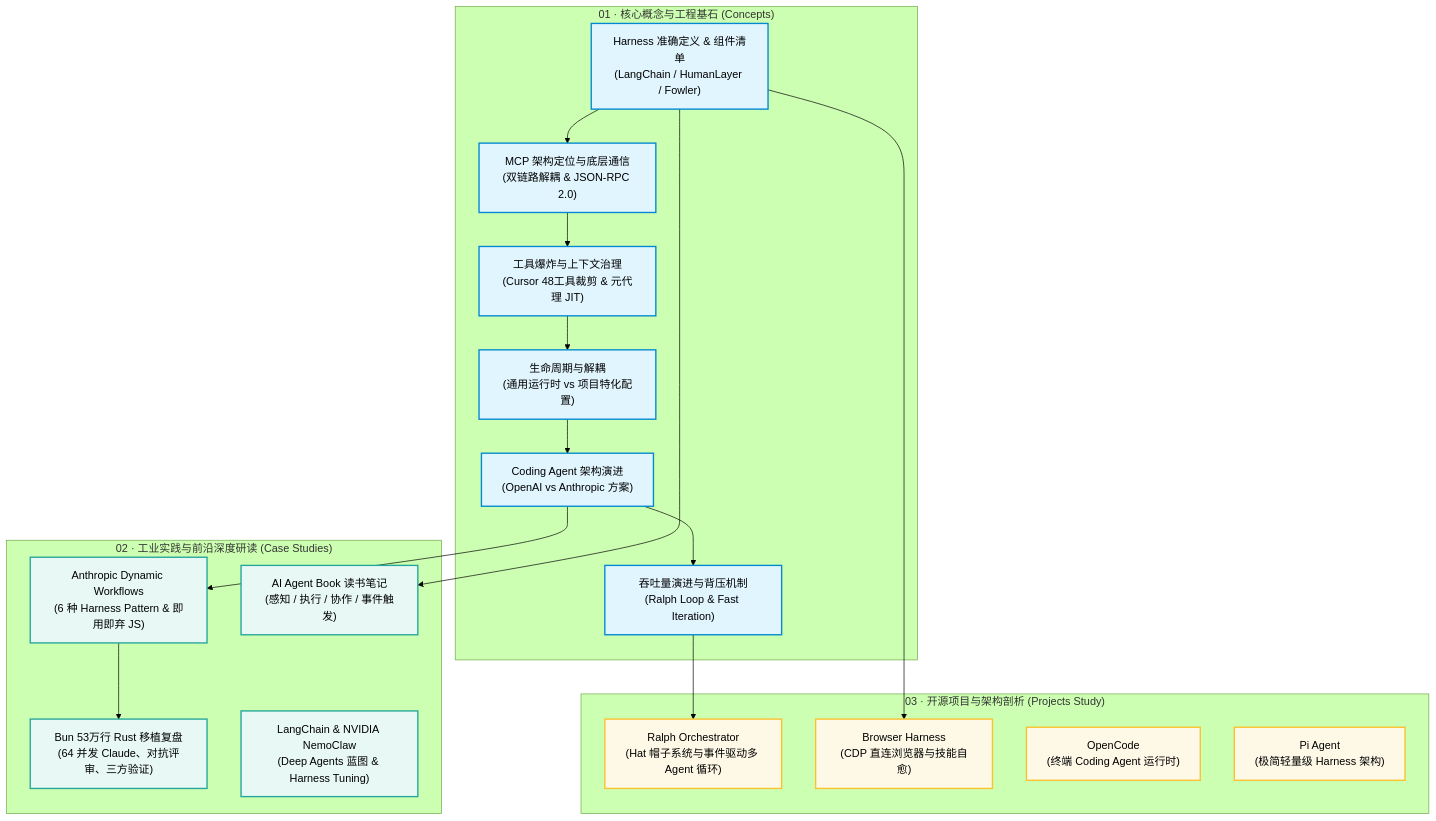
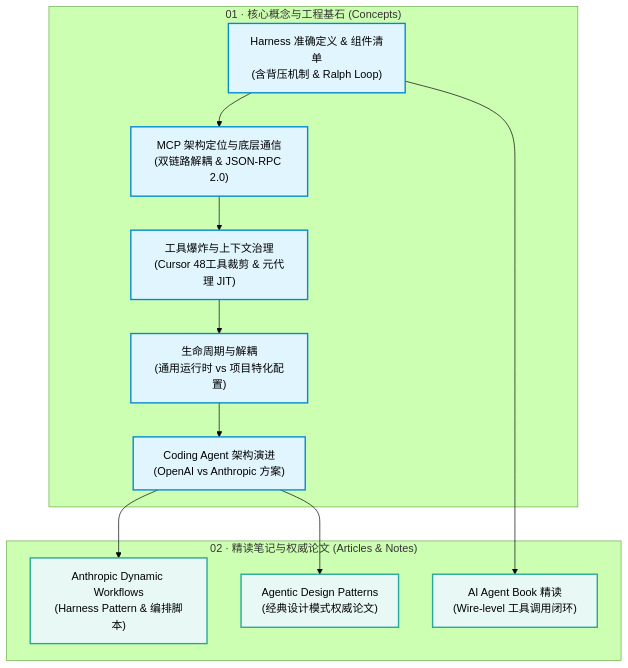
Before and after one commit to Yajing-Z/llm-agent-learning: the diagram in README.md, drawn with Mermaid (forest theme). The commit also changed other lines of this file and 13 other files, not shown here.

````diff
--- a/README.md
+++ b/README.md
@@ -11,35 +11,24 @@
 ```mermaid
 graph TD
     classDef concept fill:#e1f5fe,stroke:#0288d1,stroke-width:2px;
     classDef practice fill:#e8f8f5,stroke:#26a69a,stroke-width:2px;
-    classDef project fill:#fef9e7,stroke:#fbc02d,stroke-width:2px;
 
     subgraph C1["01 · 核心概念与工程基石 (Concepts)"]
-        HD["Harness 准确定义 & 组件清单<br/>(LangChain / HumanLayer / Fowler)"]:::concept
+        HD["Harness 准确定义 & 组件清单<br/>(含背压机制 & Ralph Loop)"]:::concept
         MCP["MCP 架构定位与底层通信<br/>(双链路解耦 & JSON-RPC 2.0)"]:::concept
         TE["工具爆炸与上下文治理<br/>(Cursor 48工具裁剪 & 元代理 JIT)"]:::concept
         HL["生命周期与解耦<br/>(通用运行时 vs 项目特化配置)"]:::concept
         CA["Coding Agent 架构演进<br/>(OpenAI vs Anthropic 方案)"]:::concept
-        TP["吞吐量演进与背压机制<br/>(Ralph Loop & Fast Iteration)"]:::concept
     end
 
-    subgraph C2["02 · 工业实践与前沿深度研读 (Case Studies)"]
-        ADW["Anthropic Dynamic Workflows<br/>(6 种 Harness Pattern & 即用即弃 JS)"]:::practice
-        BUN["Bun 53万行 Rust 移植复盘<br/>(64 并发 Claude、对抗评审、三方验证)"]:::practice
-        NEMO["LangChain & NVIDIA NemoClaw<br/>(Deep Agents 蓝图 & Harness Tuning)"]:::practice
-        BOOK["AI Agent Book 读书笔记<br/>(感知 / 执行 / 协作 / 事件触发)"]:::practice
+    subgraph C2["02 · 精读笔记与权威论文 (Articles & Notes)"]
+        ADW["Anthropic Dynamic Workflows<br/>(Harness Pattern & 编排脚本)"]:::practice
+        BOOK["AI Agent Book 精读<br/>(Wire-level 工具调用闭环)"]:::practice
+        ADP["Agentic Design Patterns<br/>(经典设计模式权威论文)"]:::practice
     end
 
-    subgraph C3["03 · 开源项目与架构剖析 (Projects Study)"]
-        RALPH["Ralph Orchestrator<br/>(Hat 帽子系统与事件驱动多 Agent 循环)"]:::project
-        BROWSER["Browser Harness<br/>(CDP 直连浏览器与技能自愈)"]:::project
-        OPENCODE["OpenCode<br/>(终端 Coding Agent 运行时)"]:::project
-        PI["Pi Agent<br/>(极简轻量级 Harness 架构)"]:::project
-    end
-
-    HD --> MCP --> TE --> HL --> CA --> TP
-    CA --> ADW --> BUN
-    TP --> RALPH
-    HD --> BROWSER
+    HD --> MCP --> TE --> HL --> CA
+    CA --> ADW
     HD --> BOOK
+    CA --> ADP
 ```
````
